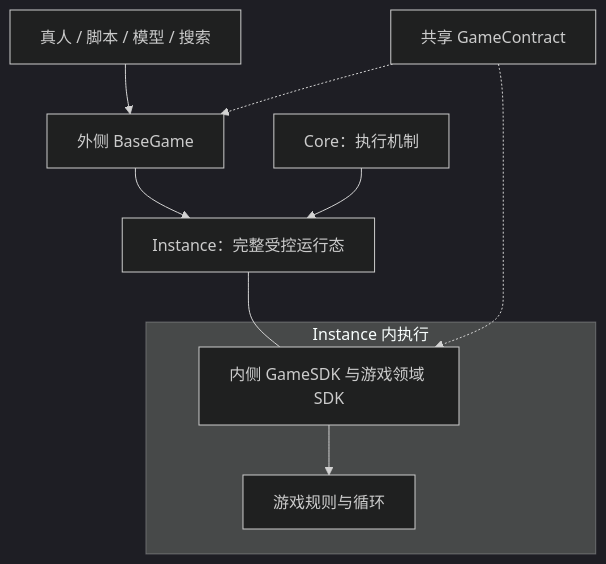
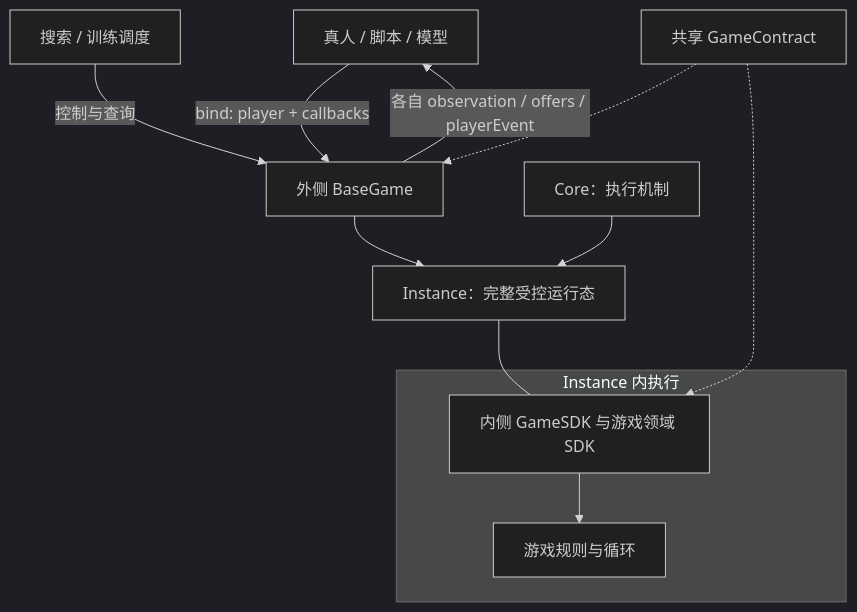
The diagram in docs/architecture.md (fltb/bear-forge), drawn with Mermaid (dark theme) before and after one commit. The commit also changed other lines of this file and 33 other files, not shown here.

Commit message:
Bind game interaction and projections per player

````diff
--- a/docs/architecture.md
+++ b/docs/architecture.md
@@ -5,12 +5,14 @@
 ```mermaid
 flowchart TB
-  Caller[真人 / 脚本 / 模型 / 搜索] --> BaseGame[外侧 BaseGame]
+  Caller[真人 / 脚本 / 模型] -->|bind: player + callbacks| BaseGame[外侧 BaseGame]
+  BaseGame -->|各自 observation / offers / playerEvent| Caller
+  Search[搜索 / 训练调度] -->|控制与查询| BaseGame
   Contract[共享 GameContract] -.-> BaseGame
   BaseGame --> Instance[Instance：完整受控运行态]
   Core[Core：执行机制] --> Instance
   subgraph Inside[Instance 内执行]
     SDK[内侧 GameSDK 与游戏领域 SDK] --> Rules[游戏规则与循环]
   end
   Instance --- SDK
   Contract -.-> SDK
 ```
````
